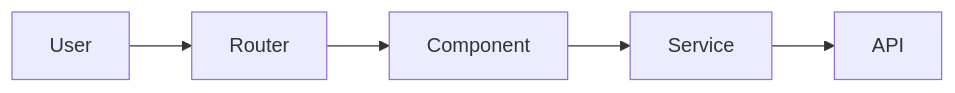
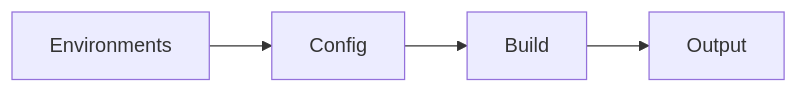
The diagram in Markdown Files/UNIT-1/1.5.1-angular-build-process-environments-and-optimization-flags.md (NehalPatel/603-01-Fundamentals-of-Full-Stack-Web-Development), drawn with Mermaid before and after one commit. The commit also changed other lines of this file and 35 other files, not shown here.

````diff
--- a/Markdown Files/UNIT-1/1.5.1-angular-build-process-environments-and-optimization-flags.md
+++ b/Markdown Files/UNIT-1/1.5.1-angular-build-process-environments-and-optimization-flags.md
@@ -126,4 +65,5 @@
 ```mermaid
 flowchart LR
-  User-->Router-->Component-->Service-->API
+  Config --> Build --> Output
+  Environments --> Config
 ```
````
